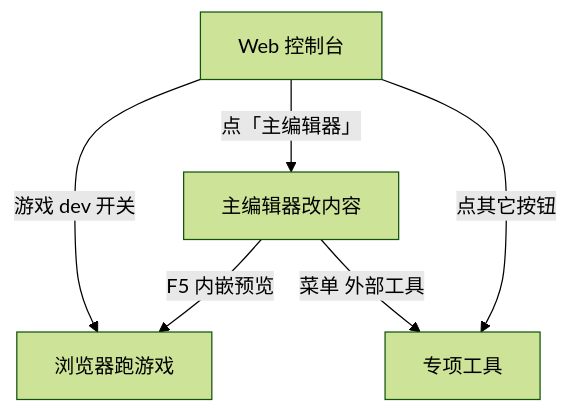
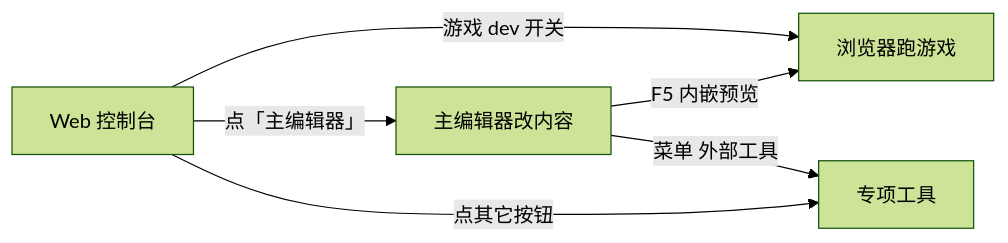
One commit to wubugui/GDoc changed the diagram in docs/editors/concepts/web-console.md. Above: the diagram before and after it, drawn with Mermaid (forest theme). The commit also changed other lines of this file and 112 other files, not shown here.

````diff
--- a/docs/editors/concepts/web-console.md
+++ b/docs/editors/concepts/web-console.md
@@ -123,8 +19,8 @@
 ```mermaid
-flowchart TB
+flowchart LR
     C[Web 控制台] -->|点「主编辑器」| E[主编辑器改内容]
     C -->|游戏 dev 开关| G[浏览器跑游戏]
     E -->|F5 内嵌预览| G
     E -->|菜单 外部工具| T[专项工具]
     C -->|点其它按钮| T
 ```
````
